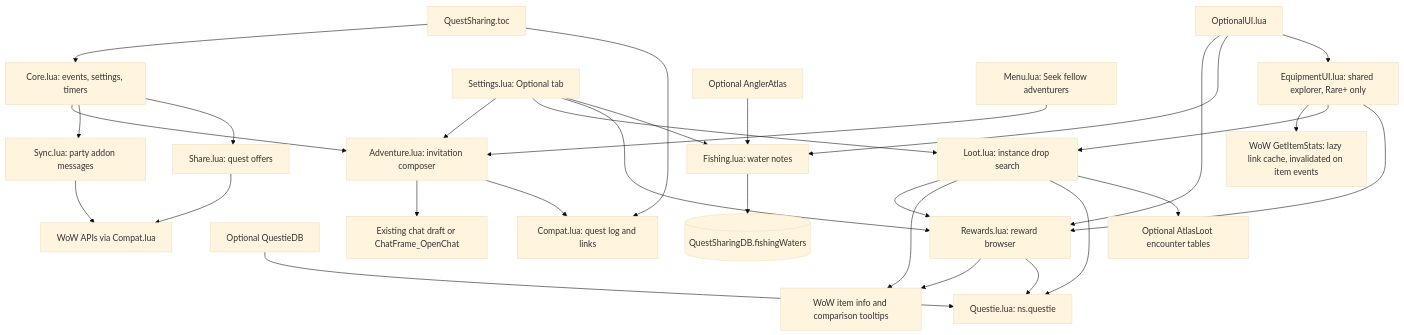
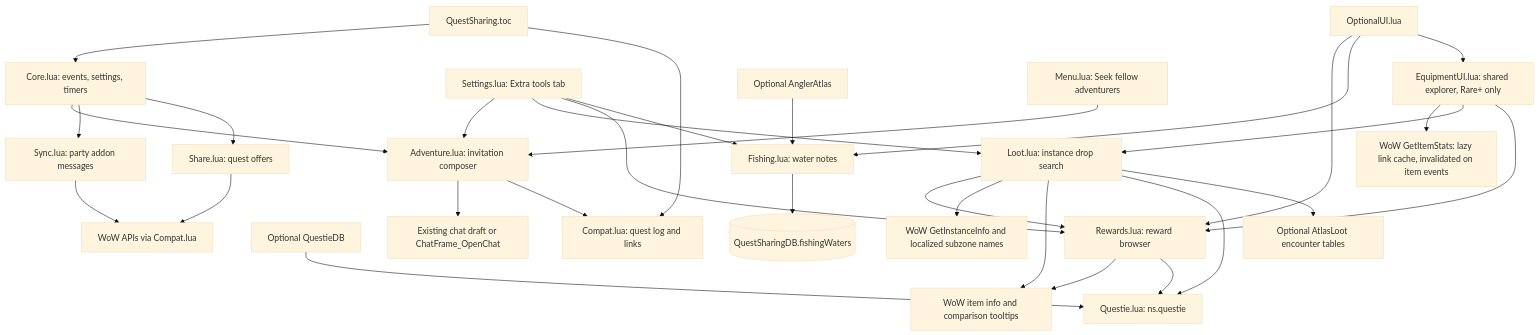
Before and after one commit to YodaGitMaster/QuestSharing: the first of 8 diagrams in context/architecture.md, drawn with Mermaid (base theme). The commit also changed other lines of this file and 11 other files, not shown here.

Commit message:
Focus current dungeon on open and rename Extra tools tab

````diff
--- a/context/architecture.md
+++ b/context/architecture.md
@@ -87,32 +88,33 @@
 ```mermaid
 flowchart TD
     TOC[QuestSharing.toc] --> Compat[Compat.lua: ns.compat]
     TOC --> Core[Core.lua: events, settings, timers]
     Core --> Share[Share.lua: quest offers]
     Core --> Sync[Sync.lua: party addon messages]
     DB[Optional QuestieDB] --> Q[Questie.lua: ns.questie]
     Share --> API[WoW APIs via Compat.lua]
     Sync --> API
-    Settings[Settings.lua: Optional tab] --> Fishing[Fishing.lua: water notes]
+    Settings[Settings.lua: Extra tools tab] --> Fishing[Fishing.lua: water notes]
     Settings --> Rewards[Rewards.lua: reward browser]
     OptionalUI[OptionalUI.lua] --> Equipment[EquipmentUI.lua: shared explorer, Rare+ only]
     Equipment --> Rewards
     Equipment --> Loot
     Equipment --> StatAPI[WoW GetItemStats: lazy link cache, invalidated on item events]
     OptionalUI --> Fishing
     OptionalUI --> Rewards
     Fishing --> Waters[(QuestSharingDB.fishingWaters)]
     Atlas[Optional AnglerAtlas] --> Fishing
     Rewards --> Q
     Rewards --> Items[WoW item info and comparison tooltips]
     Settings --> Loot[Loot.lua: instance drop search]
     Loot --> AtlasLoot[Optional AtlasLoot encounter tables]
     Loot --> Q
     Loot --> Items
+    Loot --> Location[WoW GetInstanceInfo and localized subzone names]
     Loot --> Rewards
     QuestMenu[Menu.lua: Seek fellow adventurers] --> Adventure[Adventure.lua: invitation composer]
     Core --> Adventure
     Settings --> Adventure
     Adventure --> Compat[Compat.lua: quest log and links]
     Adventure --> Chat[Existing chat draft or ChatFrame_OpenChat]
 ```
````
